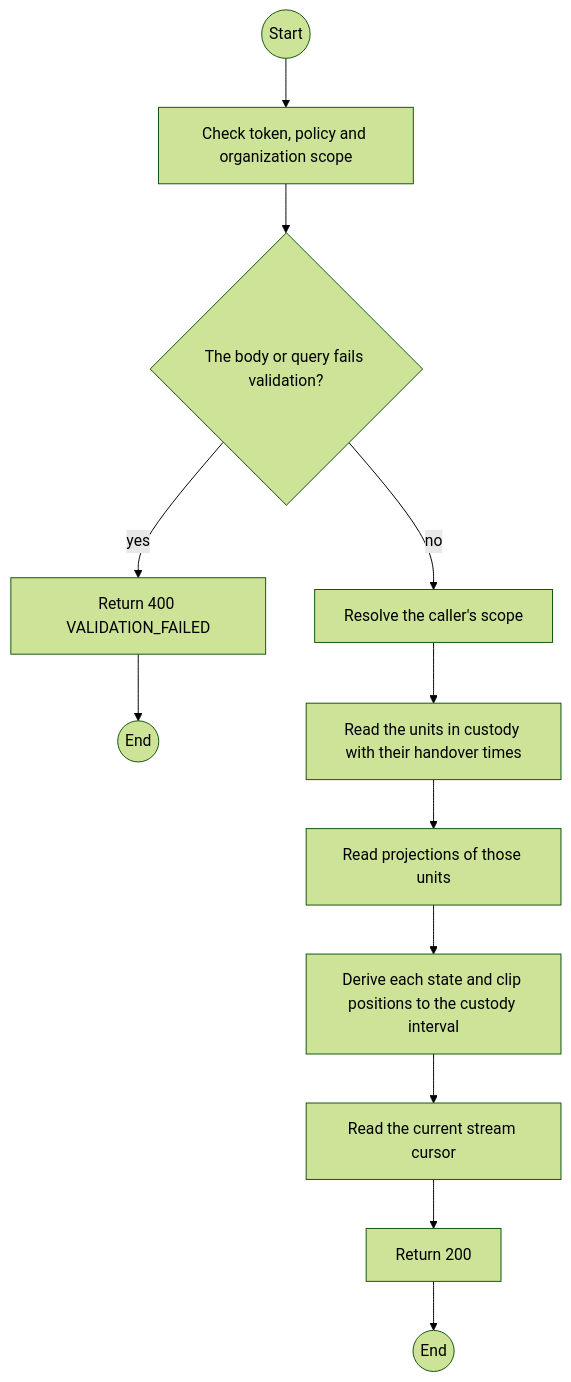
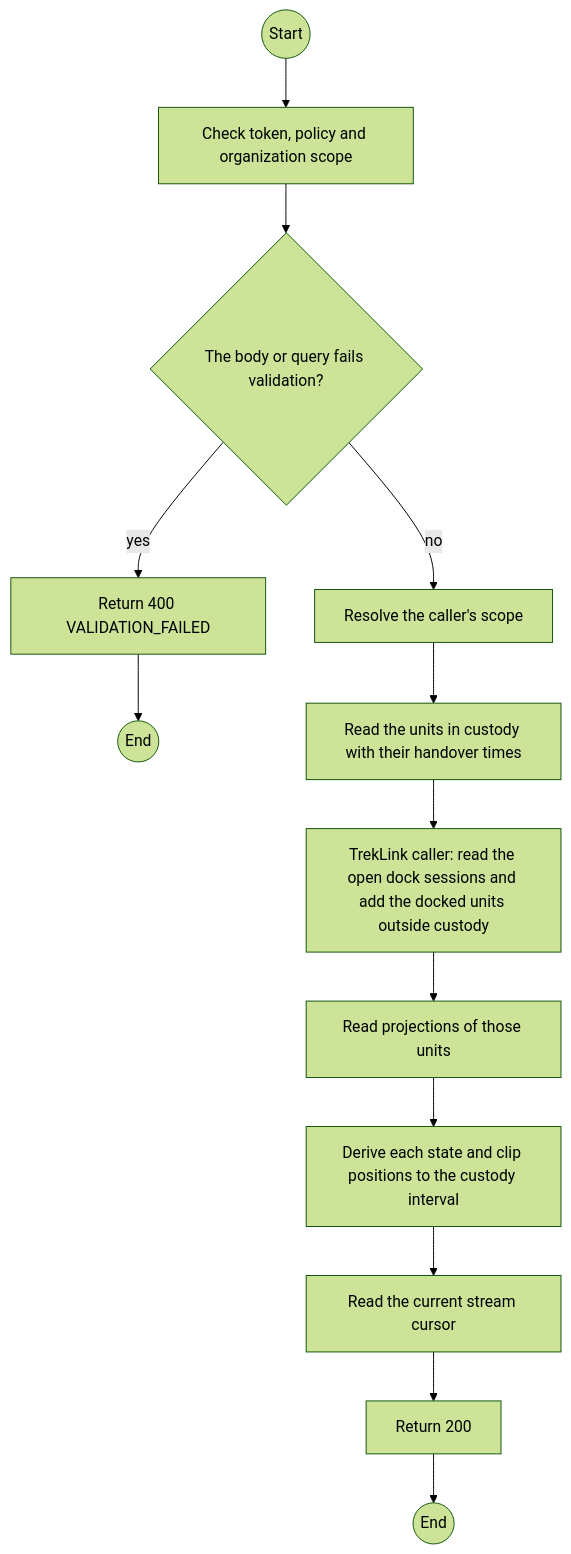
One commit to TrekLink-Team/treklink-web changed the first of 2 diagrams in specs/monitoring/api-design/02-get-map-snapshot.md. Above: the diagram before and after it, drawn with Mermaid (forest theme). The commit also changed other lines of this file and 13 other files, not shown here.

````diff
--- a/specs/monitoring/api-design/02-get-map-snapshot.md
+++ b/specs/monitoring/api-design/02-get-map-snapshot.md
@@ -171,24 +199,26 @@
 ```mermaid
 flowchart TB
     S((Start))
     A0["Check token, policy and organization scope"]
     S --> A0
     D1{"The body or query fails validation?"}
     A0 --> D1
     E1["Return 400 VALIDATION_FAILED"]
     D1 -->|yes| E1
     E1 --> X1((End))
     P0["Resolve the caller's scope"]
     D1 -->|no| P0
     P1["Read the units in custody with their handover times"]
     P0 --> P1
-    P2["Read projections of those units"]
+    P2["TrekLink caller: read the open dock sessions and add the docked units outside custody"]
     P1 --> P2
-    P3["Derive each state and clip positions to the custody interval"]
+    P3["Read projections of those units"]
     P2 --> P3
-    P4["Read the current stream cursor"]
+    P4["Derive each state and clip positions to the custody interval"]
     P3 --> P4
+    P5["Read the current stream cursor"]
+    P4 --> P5
     OK["Return 200"]
-    P4 --> OK
+    P5 --> OK
     OK --> Z((End))
 ```
````
